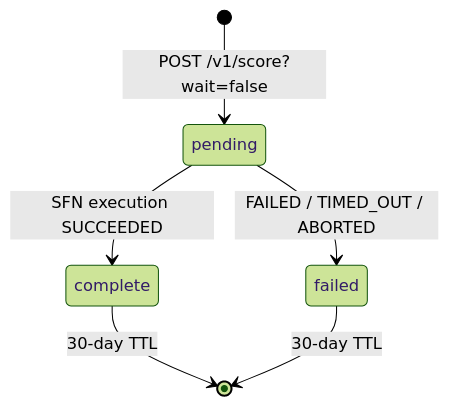
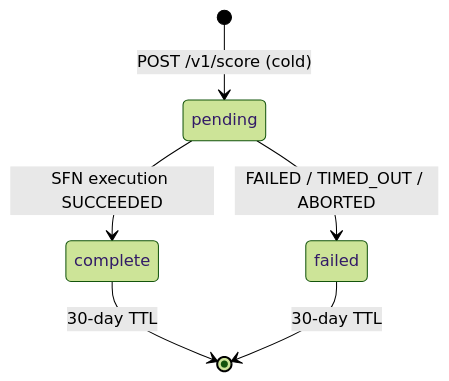
Before and after one commit to nj1411/kepler-api-docs: the diagram in endpoints/async.mdx, drawn with Mermaid (forest theme). The commit also changed other lines of this file and 5 other files, not shown here.

First line of the commit message:
Auto-queue cold path: POST /v1/score always returns 202 on cold

````diff
--- a/endpoints/async.mdx
+++ b/endpoints/async.mdx
@@ -78,8 +81,8 @@
 ```mermaid
 stateDiagram-v2
-  [*] --> pending: POST /v1/score?wait=false
+  [*] --> pending: POST /v1/score (cold)
   pending --> complete: SFN execution SUCCEEDED
   pending --> failed: FAILED / TIMED_OUT / ABORTED
   complete --> [*]: 30-day TTL
   failed --> [*]: 30-day TTL
 ```
````
